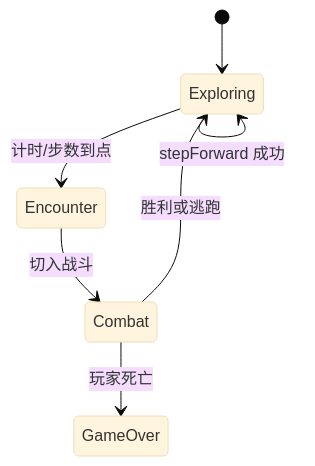
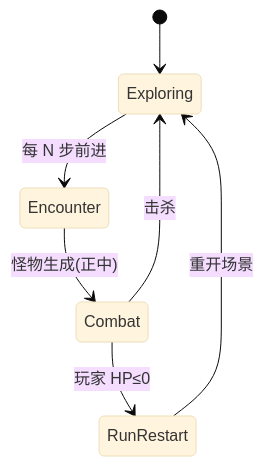
The diagram in cocos-first-person/docs/COMBAT_PLAN.md (nosoul3402/testfish), drawn with Mermaid (base theme) before and after one commit. The commit also changed other lines of this file and 16 other files, not shown here.

````diff
--- a/cocos-first-person/docs/COMBAT_PLAN.md
+++ b/cocos-first-person/docs/COMBAT_PLAN.md
@@ -21,9 +24,9 @@
 ```mermaid
 stateDiagram-v2
   [*] --> Exploring
-  Exploring --> Encounter: 计时/步数到点
-  Encounter --> Combat: 切入战斗
-  Combat --> Exploring: 胜利或逃跑
-  Combat --> GameOver: 玩家死亡
-  Exploring --> Exploring: stepForward 成功
+  Exploring --> Encounter: 每 N 步前进
+  Encounter --> Combat: 怪物生成(正中)
+  Combat --> Exploring: 击杀
+  Combat --> RunRestart: 玩家 HP≤0
+  RunRestart --> Exploring: 重开场景
 ```
````
